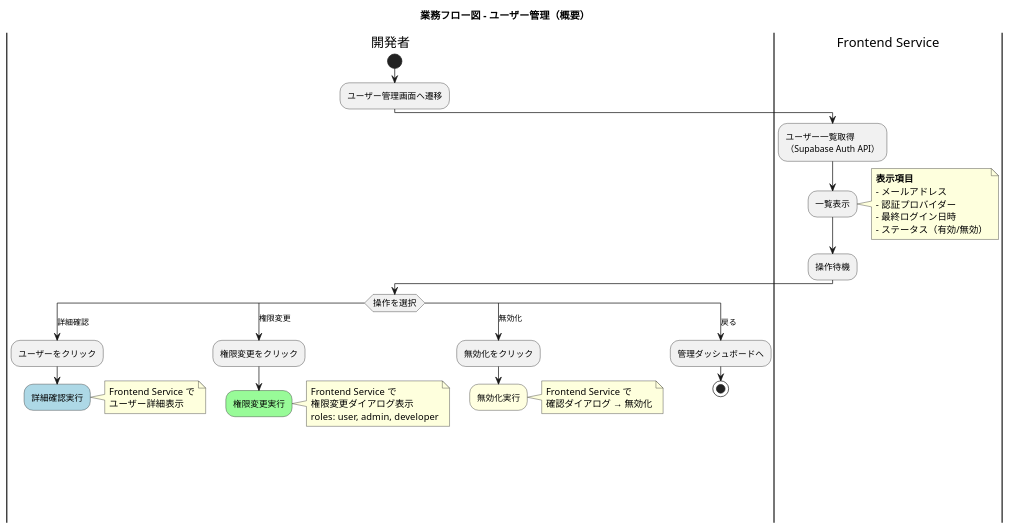
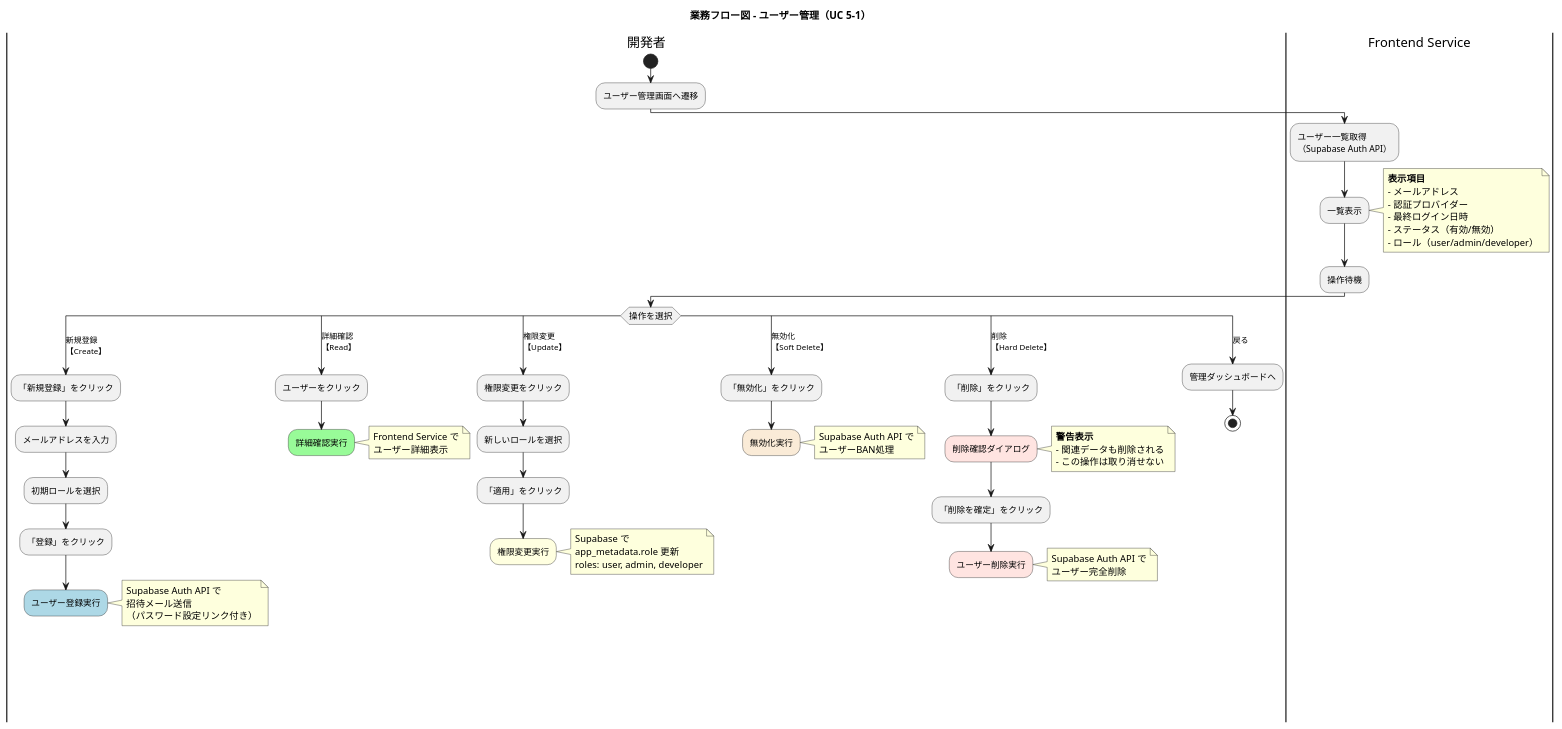
One commit to yoshiwo3/PlantUML2_Opus4.5 changed diagram 21 of 29 in docs/proposals/PlantUML_Studio_業務フロー図_20251201.md. Above: the diagram before and after it, drawn with PlantUML. The commit also changed other lines of this file and 7 other files, not shown here.

````diff
--- a/docs/proposals/PlantUML_Studio_業務フロー図_20251201.md
+++ b/docs/proposals/PlantUML_Studio_業務フロー図_20251201.md
@@ -1959,51 +1959,78 @@
 ```plantuml
 @startuml business_flow_user_management_overview
 skinparam ActivityFontSize 12
 skinparam ConditionEndStyle hline
 
-title 業務フロー図 - ユーザー管理（概要）
+title 業務フロー図 - ユーザー管理（UC 5-1）
 
 |開発者|
 start
 :ユーザー管理画面へ遷移;
 
 |Frontend Service|
 :ユーザー一覧取得\n（Supabase Auth API）;
 :一覧表示;
 note right
   **表示項目**
   - メールアドレス
   - 認証プロバイダー
   - 最終ログイン日時
   - ステータス（有効/無効）
+  - ロール（user/admin/developer）
 end note
 :操作待機;
 
 |開発者|
 switch (操作を選択)
-case (詳細確認)
+case (新規登録\n【Create】)
+  :「新規登録」をクリック;
+  :メールアドレスを入力;
+  :初期ロールを選択;
+  :「登録」をクリック;
+  #lightblue:ユーザー登録実行;
+  note right
+    Supabase Auth API で
+    招待メール送信
+    （パスワード設定リンク付き）
+  end note
+  detach
+case (詳細確認\n【Read】)
   :ユーザーをクリック;
-  #lightblue:詳細確認実行;
+  #palegreen:詳細確認実行;
   note right: Frontend Service で\nユーザー詳細表示
   detach
-case (権限変更)
+case (権限変更\n【Update】)
   :権限変更をクリック;
-  #palegreen:権限変更実行;
+  :新しいロールを選択;
+  :「適用」をクリック;
+  #lightyellow:権限変更実行;
   note right
-    Frontend Service で
-    権限変更ダイアログ表示
+    Supabase で
+    app_metadata.role 更新
     roles: user, admin, developer
   end note
   detach
-case (無効化)
-  :無効化をクリック;
-  #lightyellow:無効化実行;
-  note right: Frontend Service で\n確認ダイアログ → 無効化
+case (無効化\n【Soft Delete】)
+  :「無効化」をクリック;
+  #AntiqueWhite:無効化実行;
+  note right: Supabase Auth API で\nユーザーBAN処理
+  detach
+case (削除\n【Hard Delete】)
+  :「削除」をクリック;
+  #mistyrose:削除確認ダイアログ;
+  note right
+    **警告表示**
+    - 関連データも削除される
+    - この操作は取り消せない
+  end note
+  :「削除を確定」をクリック;
+  #mistyrose:ユーザー削除実行;
+  note right: Supabase Auth API で\nユーザー完全削除
   detach
 case (戻る)
   :管理ダッシュボードへ;
   stop
 endswitch
 
 @enduml
 ```
````
